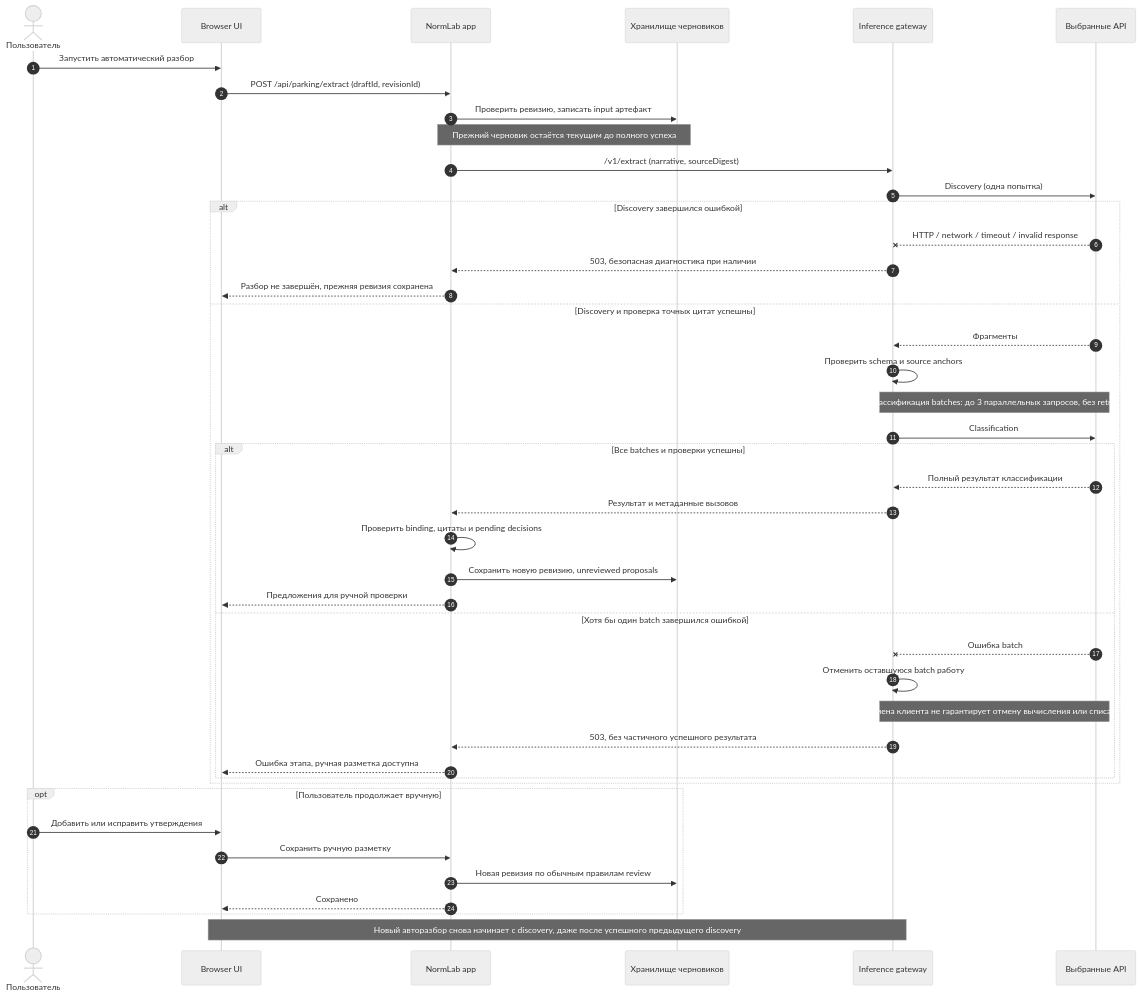
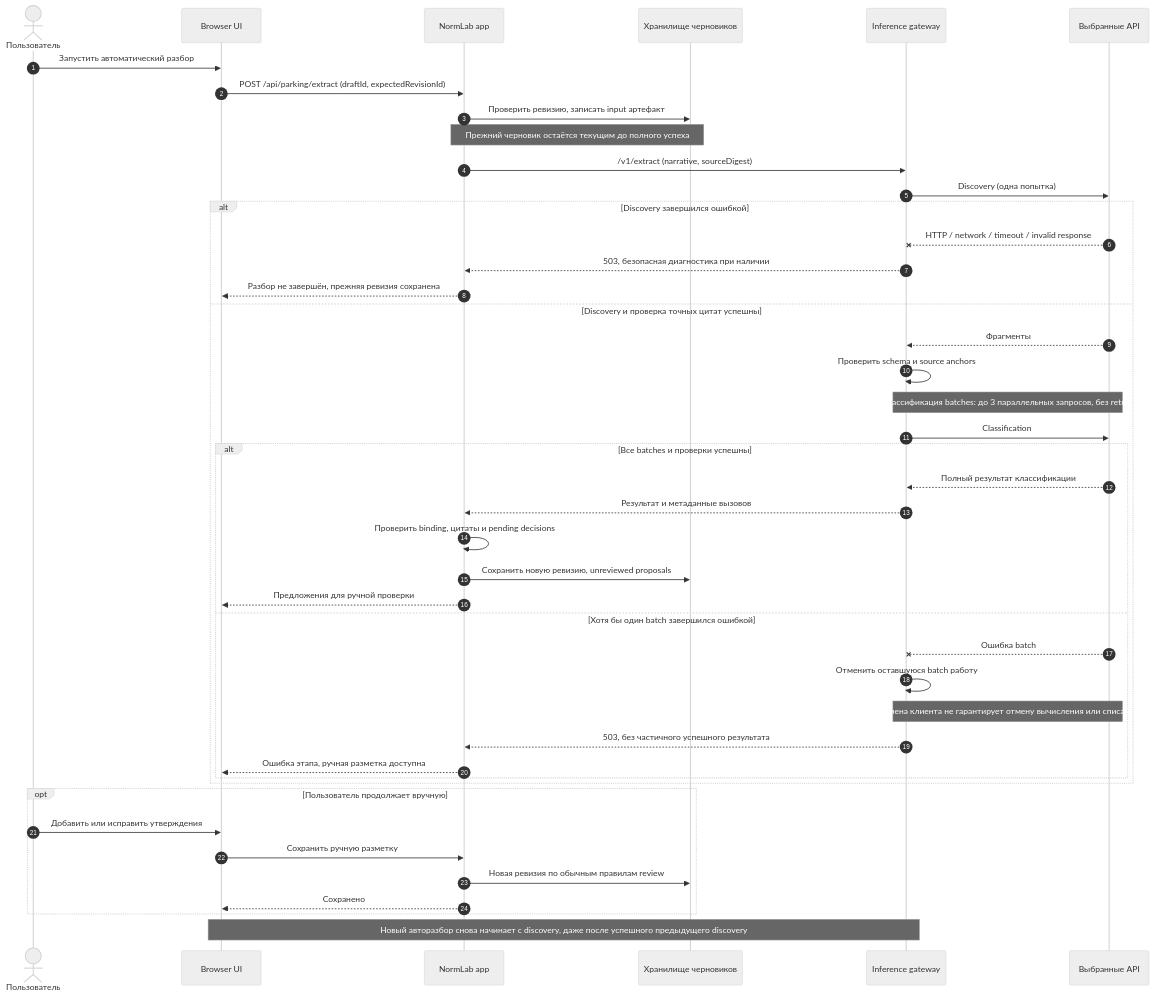
One commit to SoundBlaster/NormLab changed the first of 2 diagrams in docs/HOSTED_INFERENCE_RECOVERY.md. Above: the diagram before and after it, drawn with Mermaid (neutral theme). The commit also changed other lines of this file, not shown here.

Commit message:
Use expectedRevisionId in recovery sequence requests

````diff
--- a/docs/HOSTED_INFERENCE_RECOVERY.md
+++ b/docs/HOSTED_INFERENCE_RECOVERY.md
@@ -24,49 +24,49 @@
 ```mermaid
 sequenceDiagram
     autonumber
     actor User as Пользователь
     participant UI as Browser UI
     participant App as NormLab app
     participant Store as Хранилище черновиков
     participant GW as Inference gateway
     participant API as Выбранные API
 
     User->>UI: Запустить автоматический разбор
-    UI->>App: POST /api/parking/extract (draftId, revisionId)
+    UI->>App: POST /api/parking/extract (draftId, expectedRevisionId)
     App->>Store: Проверить ревизию, записать input артефакт
     Note over App,Store: Прежний черновик остаётся текущим до полного успеха
     App->>GW: /v1/extract (narrative, sourceDigest)
     GW->>API: Discovery (одна попытка)
 
     alt Discovery завершился ошибкой
         API--xGW: HTTP / network / timeout / invalid response
         GW-->>App: 503, безопасная диагностика при наличии
         App-->>UI: Разбор не завершён, прежняя ревизия сохранена
     else Discovery и проверка точных цитат успешны
         API-->>GW: Фрагменты
         GW->>GW: Проверить schema и source anchors
         Note over GW,API: Классификация batches: до 3 параллельных запросов, без retries
         GW->>API: Classification
         alt Все batches и проверки успешны
             API-->>GW: Полный результат классификации
             GW-->>App: Результат и метаданные вызовов
             App->>App: Проверить binding, цитаты и pending decisions
             App->>Store: Сохранить новую ревизию, unreviewed proposals
             App-->>UI: Предложения для ручной проверки
         else Хотя бы один batch завершился ошибкой
             API--xGW: Ошибка batch
             GW->>GW: Отменить оставшуюся batch работу
             Note over GW,API: Отмена клиента не гарантирует отмену вычисления или списания
             GW-->>App: 503, без частичного успешного результата
             App-->>UI: Ошибка этапа, ручная разметка доступна
         end
     end
 
     opt Пользователь продолжает вручную
         User->>UI: Добавить или исправить утверждения
         UI->>App: Сохранить ручную разметку
         App->>Store: Новая ревизия по обычным правилам review
         App-->>UI: Сохранено
     end
     Note over UI,GW: Новый авторазбор снова начинает с discovery, даже после успешного предыдущего discovery
 ```
````
